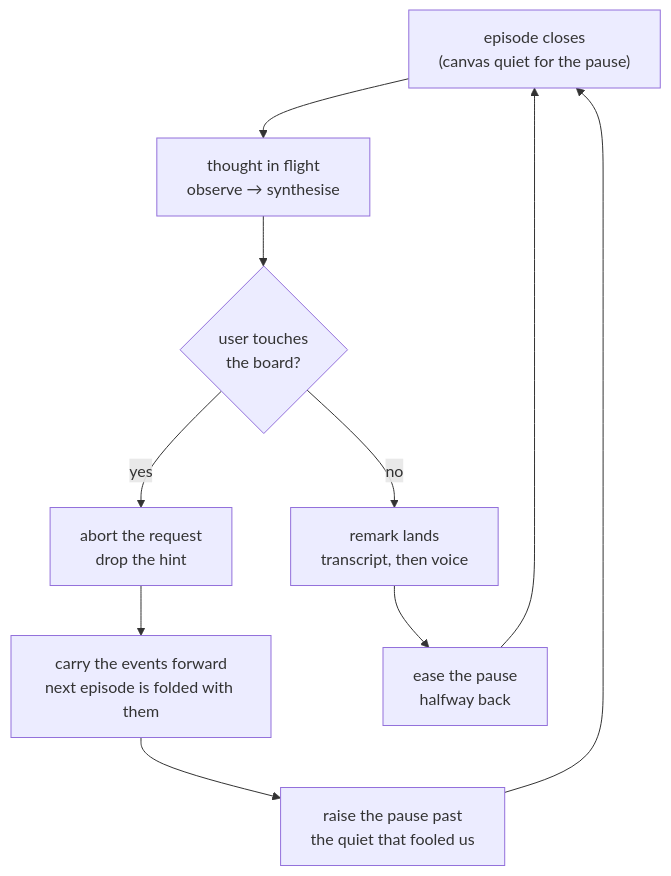
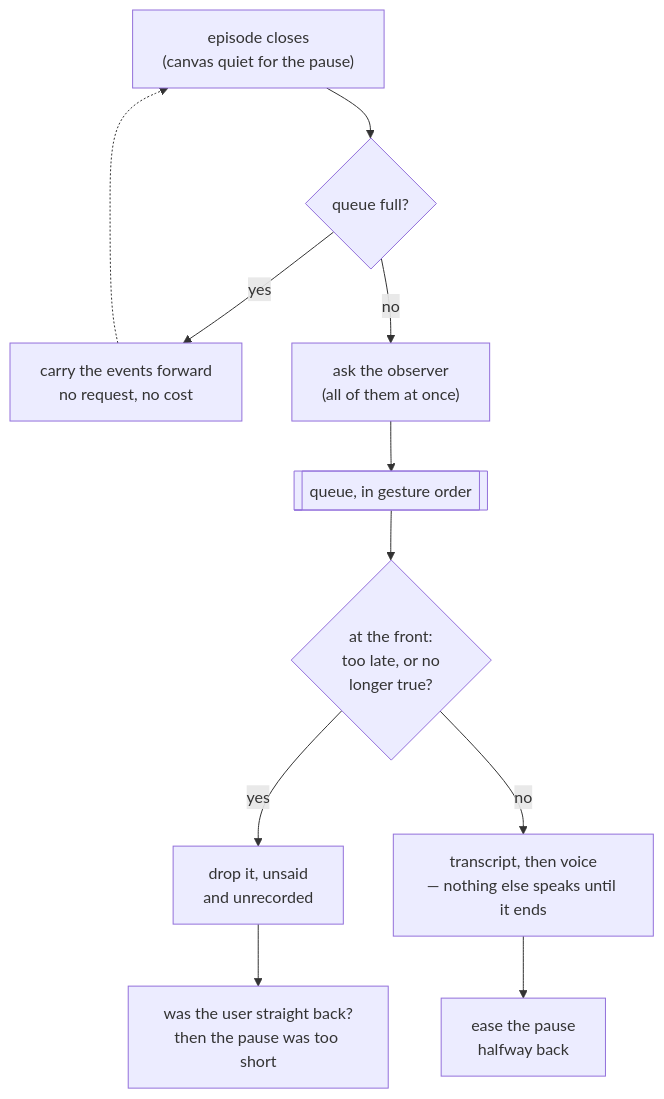
Before and after one commit to merdemkoc/llm-spatial-context: the fourth of 4 diagrams in README.md, drawn with Mermaid. The commit also changed other lines of this file and 29 other files, not shown here.

````diff
--- a/README.md
+++ b/README.md
@@ -534,12 +538,13 @@
 ```mermaid
 flowchart TD
-    A["episode closes<br/>(canvas quiet for the pause)"] --> B["thought in flight<br/>observe → synthesise"]
-    B --> C{"user touches<br/>the board?"}
-    C -- "yes" --> D["abort the request<br/>drop the hint"]
-    D --> E["carry the events forward<br/>next episode is folded with them"]
-    E --> F["raise the pause past<br/>the quiet that fooled us"]
-    F --> A
-    C -- "no" --> G["remark lands<br/>transcript, then voice"]
-    G --> H["ease the pause<br/>halfway back"]
-    H --> A
+    A["episode closes<br/>(canvas quiet for the pause)"] --> Cap{"queue full?"}
+    Cap -- "yes" --> Carry["carry the events forward<br/>no request, no cost"]
+    Carry -.-> A
+    Cap -- "no" --> B["ask the observer<br/>(all of them at once)"]
+    B --> Q[["queue, in gesture order"]]
+    Q --> H{"at the front:<br/>too late, or no<br/>longer true?"}
+    H -- "yes" --> D["drop it, unsaid<br/>and unrecorded"]
+    H -- "no" --> G["transcript, then voice<br/>— nothing else speaks until it ends"]
+    G --> S["ease the pause<br/>halfway back"]
+    D --> P["was the user straight back?<br/>then the pause was too short"]
 ```
````
